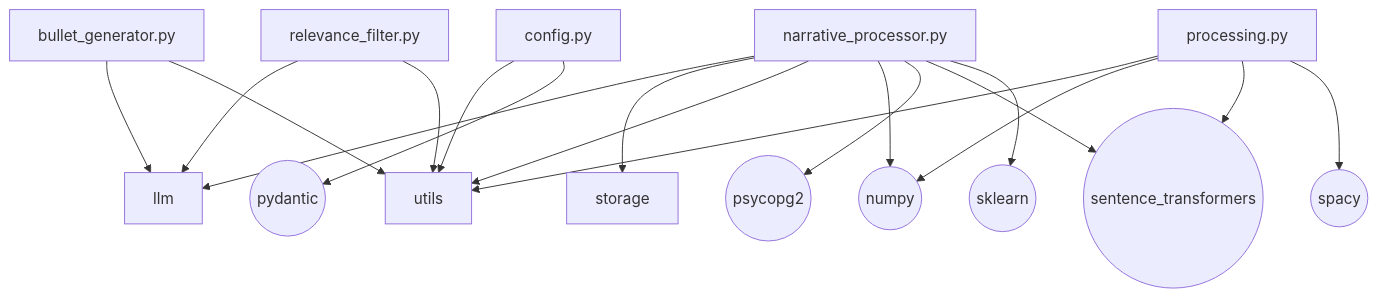
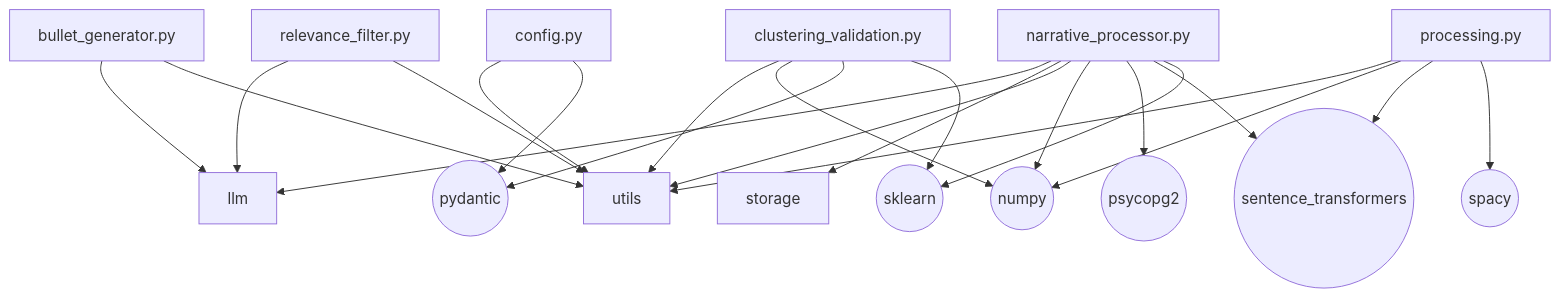
One commit to TommasoFazzi/MACROINTEL changed the fourth of 6 diagrams in docs/generated/imports.md. Above: the diagram before and after it, drawn with Mermaid.

Commit message:
docs(auto): update Python import graph [skip ci]

````diff
--- a/docs/generated/imports.md
+++ b/docs/generated/imports.md
@@ -199,32 +199,37 @@
 ```mermaid
 flowchart TD
     bullet_generator["bullet_generator.py"]
+    clustering_validation["clustering_validation.py"]
     config["config.py"]
     narrative_processor["narrative_processor.py"]
     processing["processing.py"]
     relevance_filter["relevance_filter.py"]
     EXT_numpy(("numpy"))
     EXT_psycopg2(("psycopg2"))
     EXT_pydantic(("pydantic"))
     EXT_sentence_transformers(("sentence_transformers"))
     EXT_sklearn(("sklearn"))
     EXT_spacy(("spacy"))
 
     bullet_generator --> llm
     bullet_generator --> utils
+    clustering_validation --> utils
     config --> utils
     narrative_processor --> llm
     narrative_processor --> storage
     narrative_processor --> utils
     processing --> utils
     relevance_filter --> llm
     relevance_filter --> utils
+    clustering_validation --> EXT_numpy
+    clustering_validation --> EXT_pydantic
+    clustering_validation --> EXT_sklearn
     config --> EXT_pydantic
     narrative_processor --> EXT_numpy
     narrative_processor --> EXT_psycopg2
     narrative_processor --> EXT_sentence_transformers
     narrative_processor --> EXT_sklearn
     processing --> EXT_numpy
     processing --> EXT_sentence_transformers
     processing --> EXT_spacy
 ```
````
